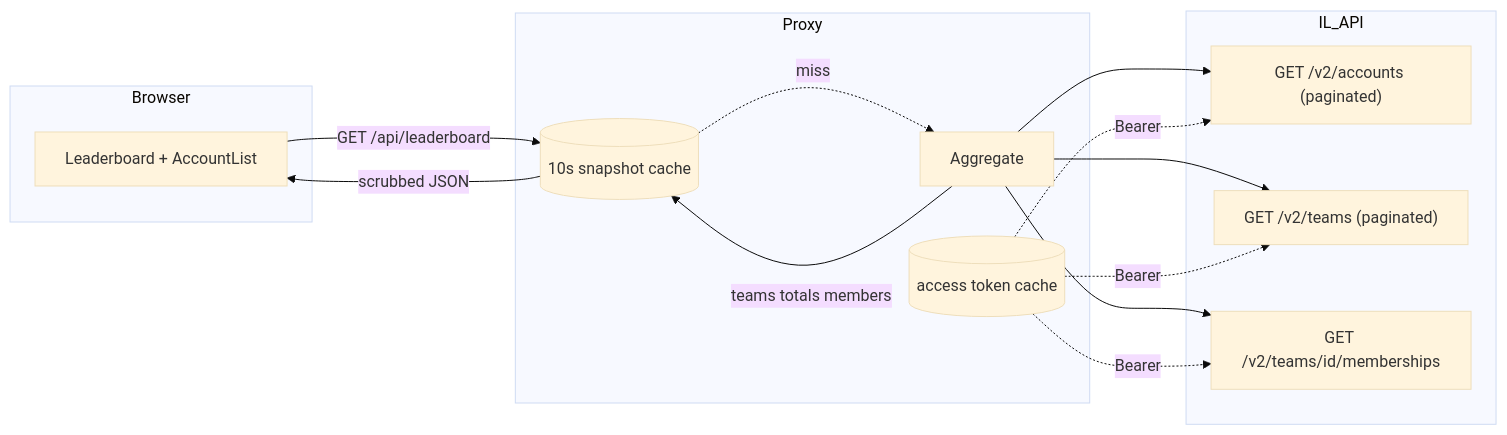
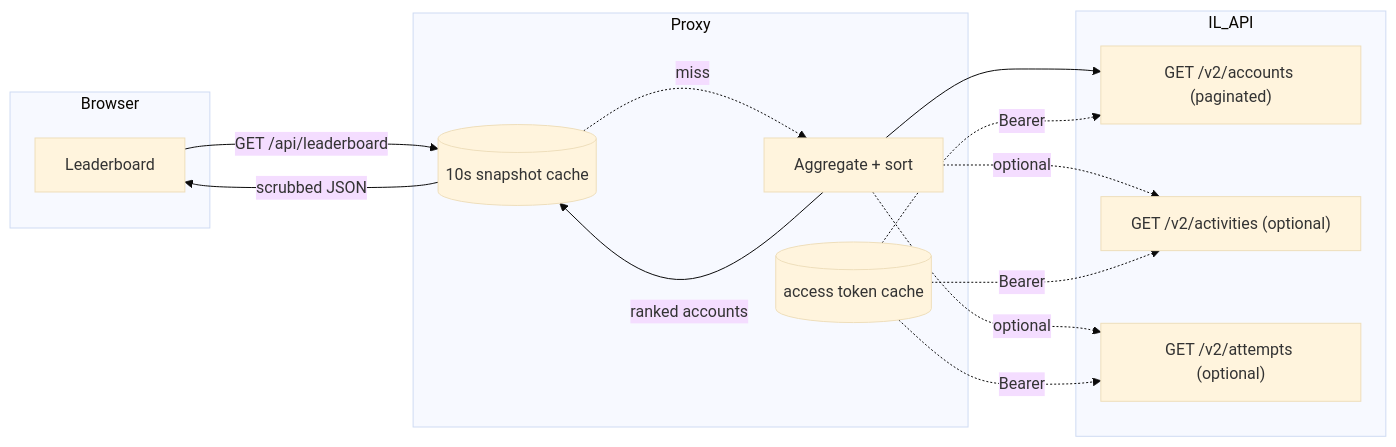
The second of 3 diagrams in docs/data-flow.md (Arylmera/TheGreenGauntlet), drawn with Mermaid (base theme) before and after one commit. The commit also changed other lines of this file and 8 other files, not shown here.

First line of the commit message:
Pivot plan to account-based leaderboard; adopt best-attempt scoring

````diff
--- a/docs/data-flow.md
+++ b/docs/data-flow.md
@@ -51,27 +50,27 @@
 ```mermaid
 flowchart LR
     subgraph Browser
-      UI["Leaderboard + AccountList"]
+      UI[Leaderboard]
     end
     subgraph Proxy
       CACHE[("10s snapshot cache")]
       TOK[("access token cache")]
-      AGG[Aggregate]
+      AGG[Aggregate + sort]
     end
     subgraph IL_API
       A["GET /v2/accounts (paginated)"]
-      T["GET /v2/teams (paginated)"]
-      M["GET /v2/teams/id/memberships"]
+      ACT["GET /v2/activities (optional)"]
+      AT["GET /v2/attempts (optional)"]
     end
 
     UI -->|"GET /api/leaderboard"| CACHE
     CACHE -.miss.-> AGG
     AGG --> A
-    AGG --> T
-    AGG --> M
+    AGG -.optional.-> ACT
+    AGG -.optional.-> AT
     TOK -.->|"Bearer"| A
-    TOK -.->|"Bearer"| T
-    TOK -.->|"Bearer"| M
-    AGG -->|"teams totals members"| CACHE
+    TOK -.->|"Bearer"| ACT
+    TOK -.->|"Bearer"| AT
+    AGG -->|"ranked accounts"| CACHE
     CACHE -->|"scrubbed JSON"| UI
 ```
````
